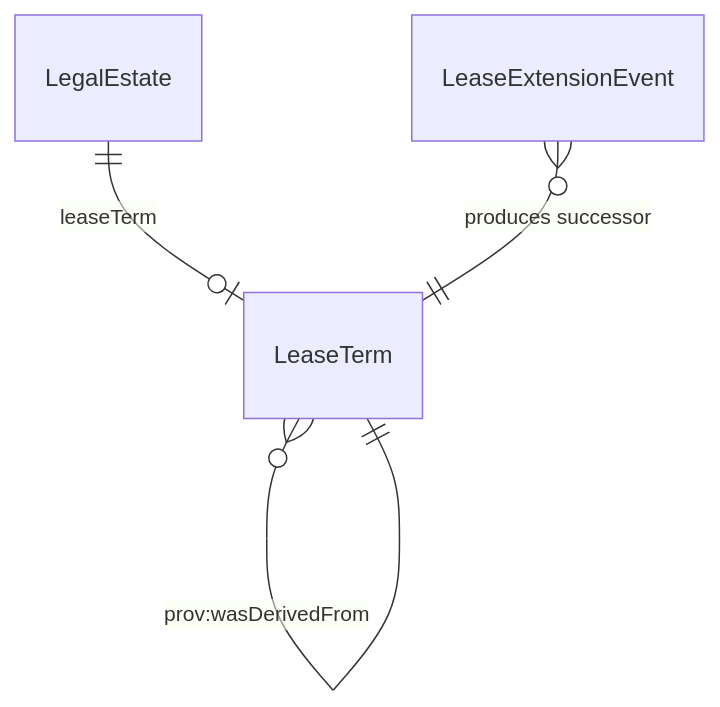
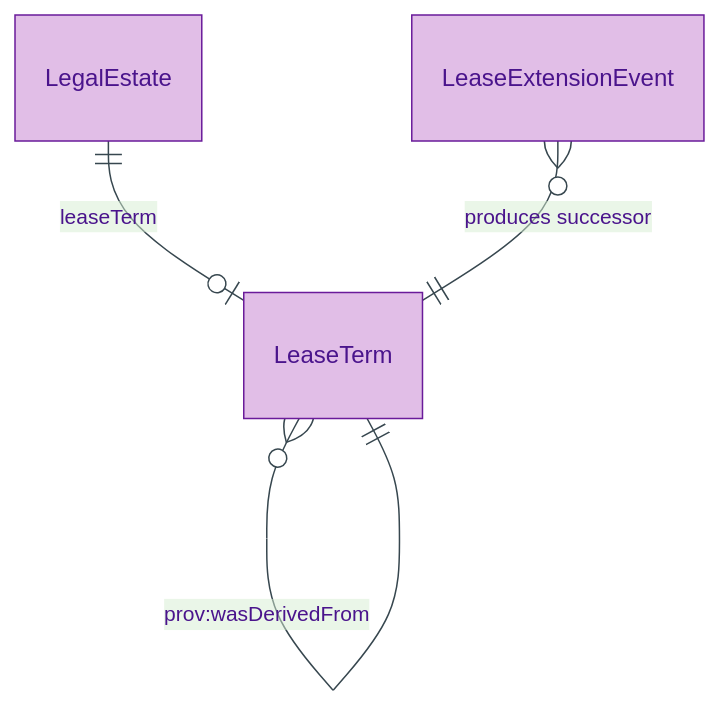
Before and after one commit to sparkling/opda: the first of 2 diagrams in docs/manual/logical/property/lease-term.md, drawn with Mermaid. The commit also changed other lines of this file and 179 other files, not shown here.

First line of the commit message:
docs(manual): Logical-tier diagram expansion via /diagramming skill

````diff
--- a/docs/manual/logical/property/lease-term.md
+++ b/docs/manual/logical/property/lease-term.md
@@ -32,6 +37,10 @@
 ```mermaid
+%%{init: {"theme": "base", "themeVariables": {"primaryColor": "#E1BEE7", "primaryTextColor": "#4A148C", "primaryBorderColor": "#6A1B9A", "lineColor": "#37474F"}}}%%
 erDiagram
+    accTitle: LeaseTerm — Entity-Relationship Diagram
+    accDescr: Direct-neighbour view of LeaseTerm — bounded by LegalEstate, succeeded by LeaseExtensionEvent, and chained via PROV-O wasDerivedFrom to its predecessor.
+
     LegalEstate ||--o| LeaseTerm : "leaseTerm"
     LeaseExtensionEvent }o--|| LeaseTerm : "produces successor"
     LeaseTerm }o--|| LeaseTerm : "prov:wasDerivedFrom"
 ```
````
